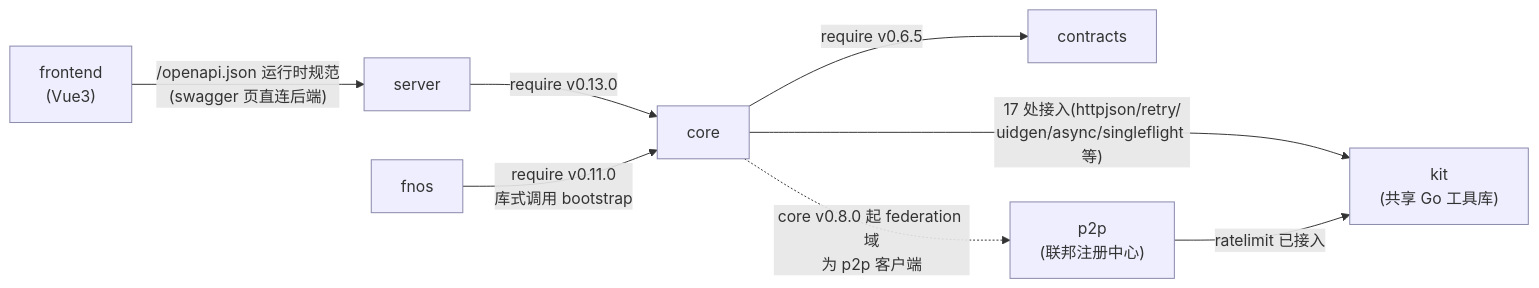
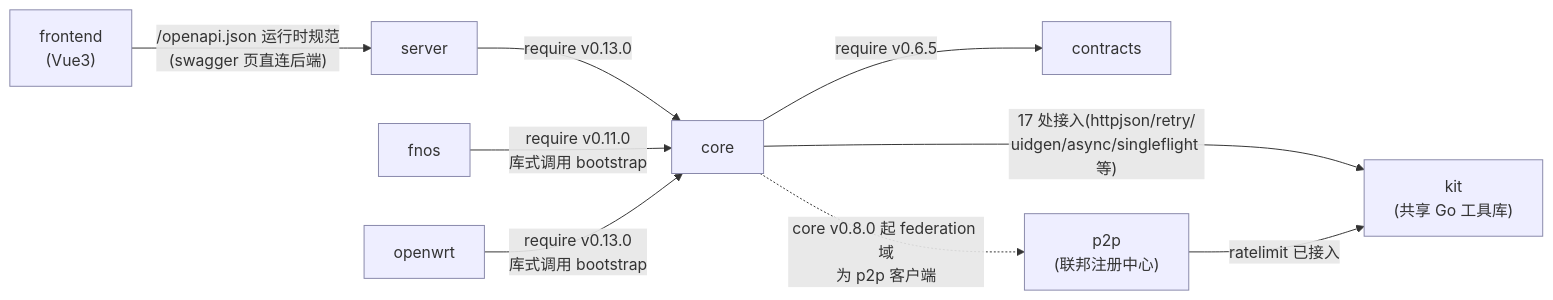
Before and after one commit to filescodebox/FilesCodeBox: the second of 9 diagrams in docs/architecture.md, drawn with Mermaid. The commit also changed other lines of this file and 6 other files, not shown here.

````diff
--- a/docs/architecture.md
+++ b/docs/architecture.md
@@ -42,15 +44,16 @@
 ```mermaid
 graph LR
     FE["frontend<br/>(Vue3)"] -->|"/openapi.json 运行时规范<br/>(swagger 页直连后端)"| SRV["server"]
     SRV -->|"require v0.13.0"| CORE["core"]
     FNOS["fnos"] -->|"require v0.11.0<br/>库式调用 bootstrap"| CORE
+    OWRT["openwrt"] -->|"require v0.13.0<br/>库式调用 bootstrap"| CORE
     CORE -->|"require v0.6.5"| CTX["contracts"]
     P2P["p2p<br/>(联邦注册中心)"]
     CORE -.->|"core v0.8.0 起 federation 域<br/>为 p2p 客户端"| P2P
     KIT["kit<br/>(共享 Go 工具库)"]
     CORE -->|"17 处接入(httpjson/retry/<br/>uidgen/async/singleflight 等)"| KIT
     P2P -->|"ratelimit 已接入"| KIT
 
     classDef plain fill:#eef,stroke:#88a
-    class CTX,CORE,SRV,FE,FNOS,P2P,KIT plain
+    class CTX,CORE,SRV,FE,FNOS,OWRT,P2P,KIT plain
 ```
````
